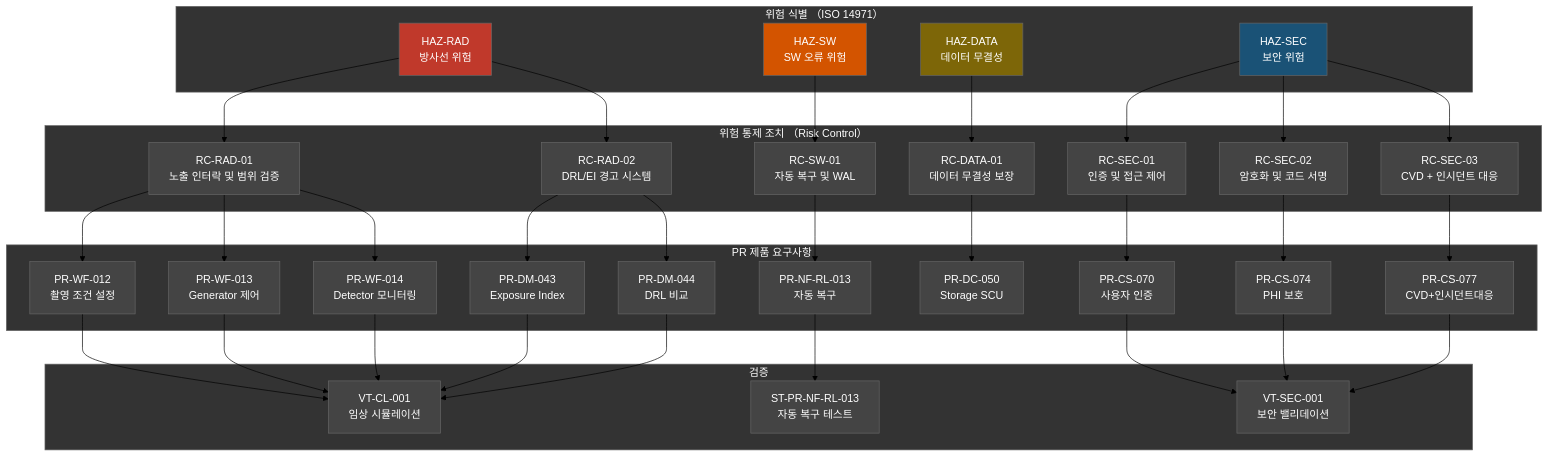
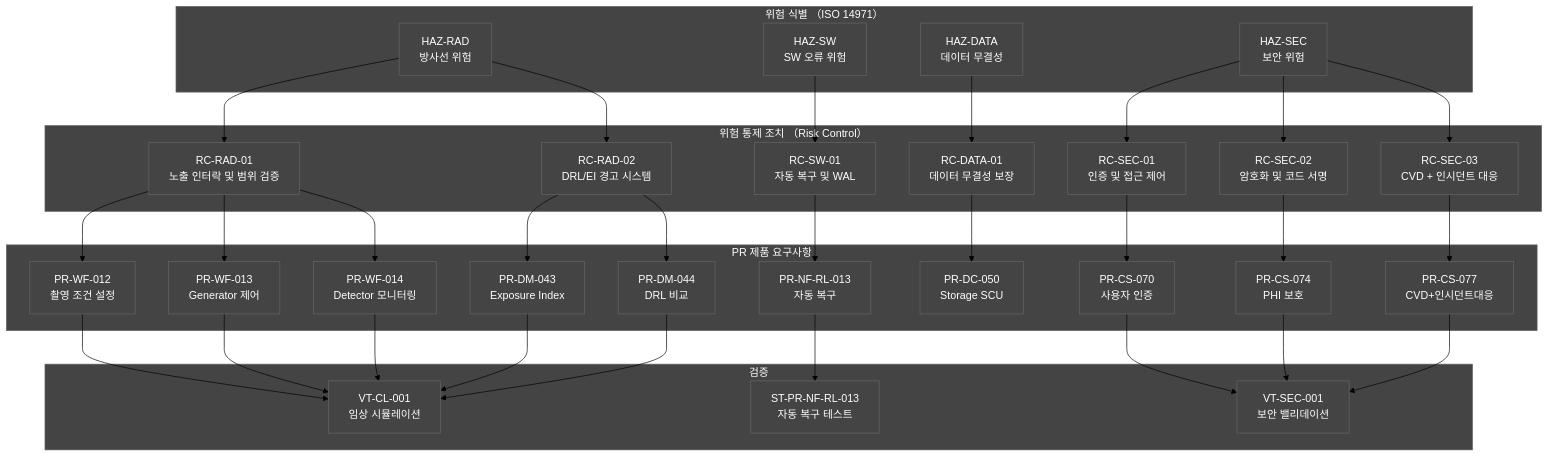
Diagram 14 of 16 in docs/planning/DOC-002_PRD_v2.0.md (holee9/console-gui), drawn with Mermaid (forest theme) before and after one commit. The commit also changed other lines of this file and 35 other files, not shown here.

First line of the commit message:
fix: 전체 Mermaid 차트 색상 진한 회색 통일

````diff
--- a/docs/planning/DOC-002_PRD_v2.0.md
+++ b/docs/planning/DOC-002_PRD_v2.0.md
@@ -1342,61 +1342,61 @@
 ```mermaid
 flowchart TD
     classDef default fill:#444,stroke:#666,color:#fff
     subgraph Hazards["위험 식별 （ISO 14971）"]
         HAZ_RAD["HAZ-RAD\n방사선 위험"]
         HAZ_SW["HAZ-SW\nSW 오류 위험"]
         HAZ_DATA["HAZ-DATA\n데이터 무결성"]
         HAZ_SEC["HAZ-SEC\n보안 위험"]
     end
 
     subgraph Controls["위험 통제 조치 （Risk Control）"]
         RC_INTERLOCK["RC-RAD-01\n노출 인터락 및 범위 검증"]
         RC_DOSE_ALERT["RC-RAD-02\nDRL/EI 경고 시스템"]
         RC_RECOVERY["RC-SW-01\n자동 복구 및 WAL"]
         RC_INTEGRITY["RC-DATA-01\n데이터 무결성 보장"]
         RC_AUTH["RC-SEC-01\n인증 및 접근 제어"]
         RC_ENCRYPT["RC-SEC-02\n암호화 및 코드 서명"]
         RC_CVD["RC-SEC-03\nCVD + 인시던트 대응"]
     end
 
     subgraph Requirements["PR 제품 요구사항"]
         PR_WF012["PR-WF-012\n촬영 조건 설정"]
         PR_WF013["PR-WF-013\nGenerator 제어"]
         PR_WF014["PR-WF-014\nDetector 모니터링"]
         PR_DM043["PR-DM-043\nExposure Index"]
         PR_DM044["PR-DM-044\nDRL 비교"]
         PR_NF_RL013["PR-NF-RL-013\n자동 복구"]
         PR_DC050["PR-DC-050\nStorage SCU"]
         PR_CS070["PR-CS-070\n사용자 인증"]
         PR_CS074["PR-CS-074\nPHI 보호"]
         PR_CS077["PR-CS-077\nCVD+인시던트대응"]
     end
 
     subgraph Verification["검증"]
         VT_CL001["VT-CL-001\n임상 시뮬레이션"]
         VT_SEC001["VT-SEC-001\n보안 밸리데이션"]
         ST_RL["ST-PR-NF-RL-013\n자동 복구 테스트"]
     end
 
     HAZ_RAD --> RC_INTERLOCK --> PR_WF012 & PR_WF013 & PR_WF014
     HAZ_RAD --> RC_DOSE_ALERT --> PR_DM043 & PR_DM044
     HAZ_SW --> RC_RECOVERY --> PR_NF_RL013
     HAZ_DATA --> RC_INTEGRITY --> PR_DC050
     HAZ_SEC --> RC_AUTH --> PR_CS070
     HAZ_SEC --> RC_ENCRYPT --> PR_CS074
     HAZ_SEC --> RC_CVD --> PR_CS077
 
     PR_WF012 & PR_WF013 & PR_WF014 --> VT_CL001
     PR_DM043 & PR_DM044 --> VT_CL001
     PR_NF_RL013 --> ST_RL
     PR_CS070 & PR_CS074 & PR_CS077 --> VT_SEC001
 
-    style HAZ_RAD fill:#c0392b,color:#fff
-    style HAZ_SW fill:#d35400,color:#fff
-    style HAZ_DATA fill:#7d6608,color:#fff
-    style HAZ_SEC fill:#1a5276,color:#fff
-    style Hazards fill:#333,stroke:#666,color:#fff
-    style Controls fill:#333,stroke:#666,color:#fff
-    style Requirements fill:#333,stroke:#666,color:#fff
-    style Verification fill:#333,stroke:#666,color:#fff
+    style HAZ_RAD fill:#444,color:#fff
+    style HAZ_SW fill:#444,color:#fff
+    style HAZ_DATA fill:#444,color:#fff
+    style HAZ_SEC fill:#444,color:#fff
+    style Hazards fill:#444,stroke:#666,color:#fff
+    style Controls fill:#444,stroke:#666,color:#fff
+    style Requirements fill:#444,stroke:#666,color:#fff
+    style Verification fill:#444,stroke:#666,color:#fff
 ```
````
